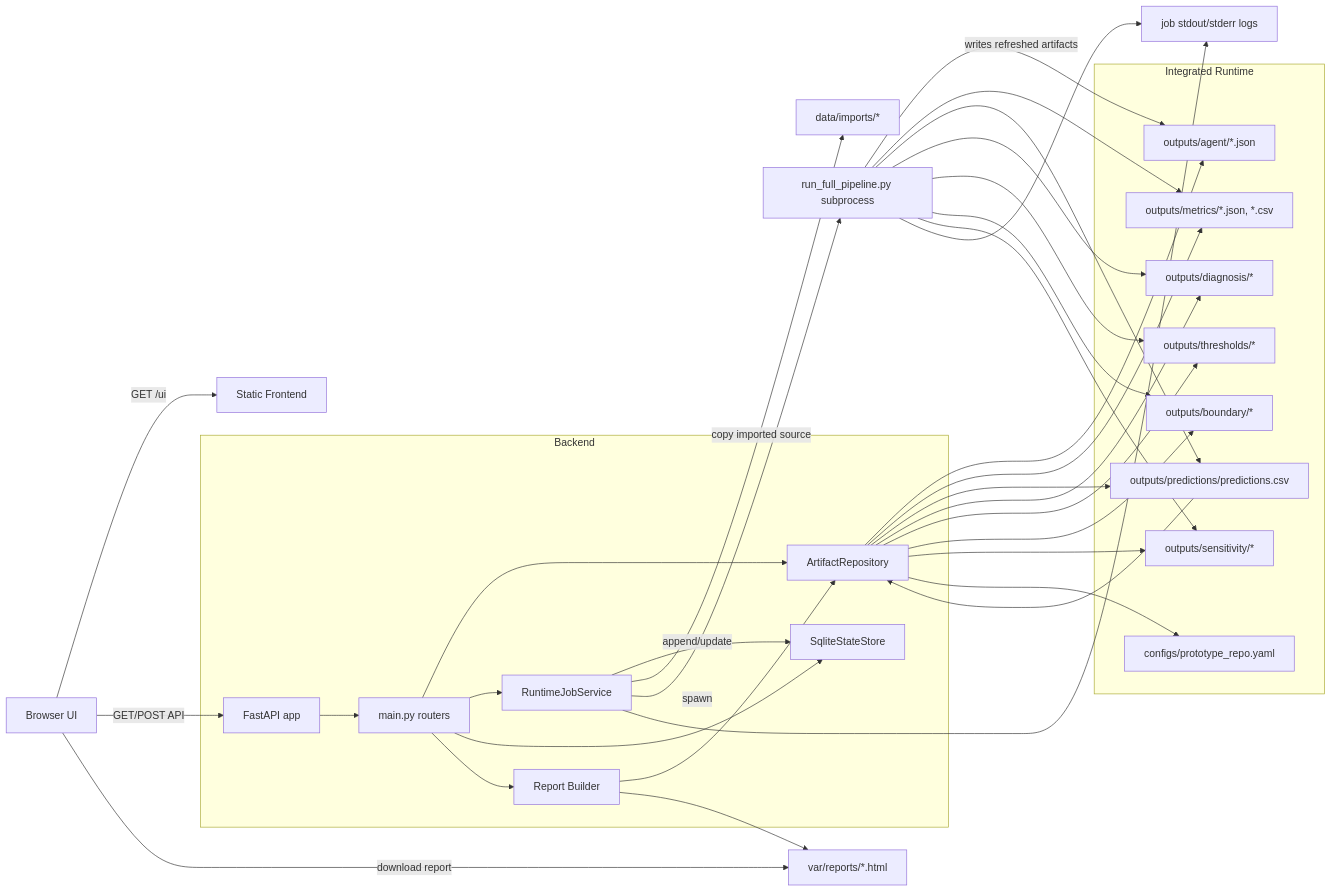
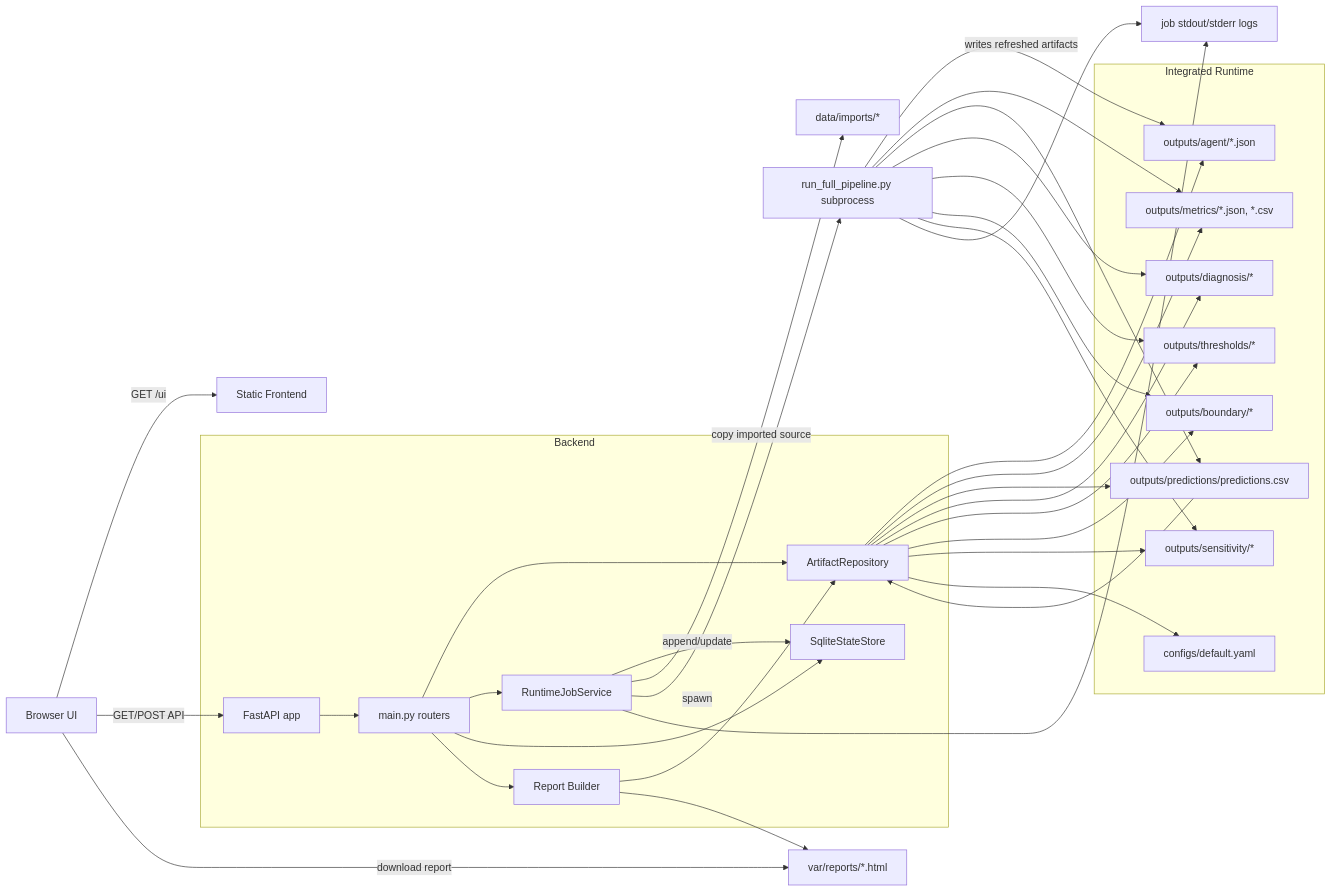
The first of 4 diagrams in docs/reviews/2026-06-05-engineering-review.md (SSSuperfriendly/WaterExpert), drawn with Mermaid before and after one commit. The commit also changed 14 other files, not shown here.

````diff
--- a/docs/reviews/2026-06-05-engineering-review.md
+++ b/docs/reviews/2026-06-05-engineering-review.md
@@ -39,42 +39,42 @@
 ```mermaid
 flowchart LR
     U[Browser UI] -->|GET /ui| F[Static Frontend]
     U -->|GET/POST API| A[FastAPI app]
 
     subgraph Backend
       A --> M[main.py routers]
       M --> R[ArtifactRepository]
       M --> J[RuntimeJobService]
       M --> S[SqliteStateStore]
       M --> B[Report Builder]
     end
 
     subgraph Integrated Runtime
       R --> O1[outputs/agent/*.json]
       R --> O2[outputs/metrics/*.json, *.csv]
       R --> O3[outputs/predictions/predictions.csv]
       R --> O4[outputs/diagnosis/*]
       R --> O5[outputs/thresholds/*]
       R --> O6[outputs/boundary/*]
       R --> O7[outputs/sensitivity/*]
-      R --> C[configs/prototype_repo.yaml]
+      R --> C[configs/default.yaml]
       O3 --> R
     end
 
     J -->|append/update| S
     J -->|copy imported source| I[data/imports/*]
     J -->|spawn| P[run_full_pipeline.py subprocess]
     P -->|writes refreshed artifacts| O1
     P --> O2
     P --> O3
     P --> O4
     P --> O5
     P --> O6
     P --> O7
     P --> L[job stdout/stderr logs]
     J --> L
 
     B --> R
     B --> H[var/reports/*.html]
     U -->|download report| H
 ```
````
